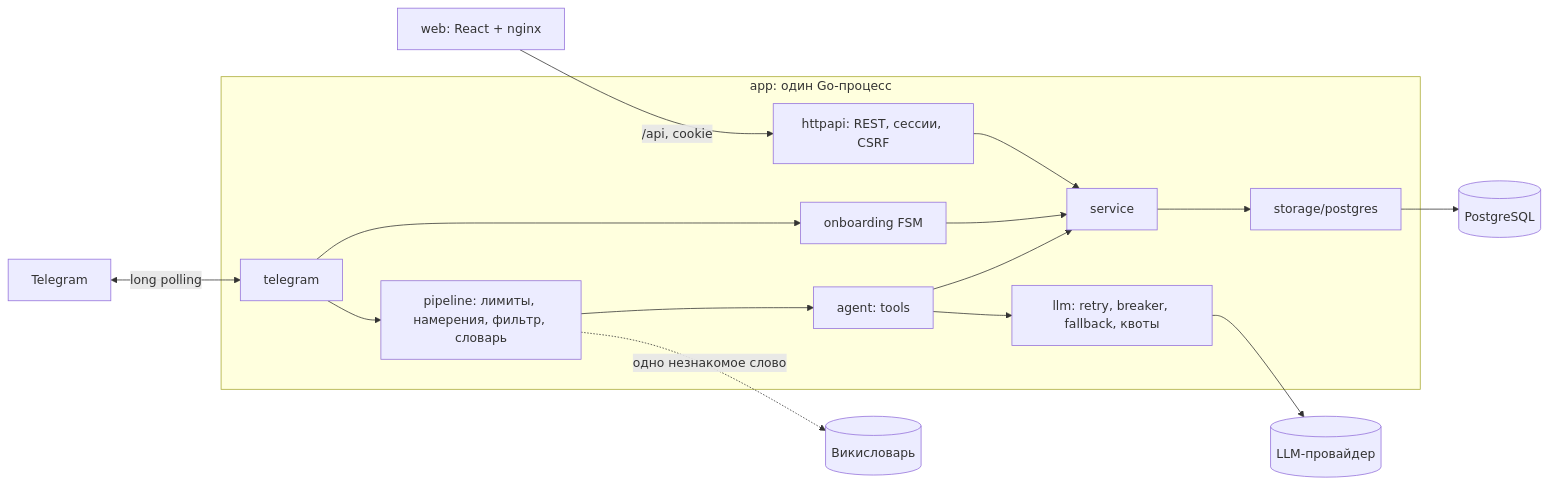
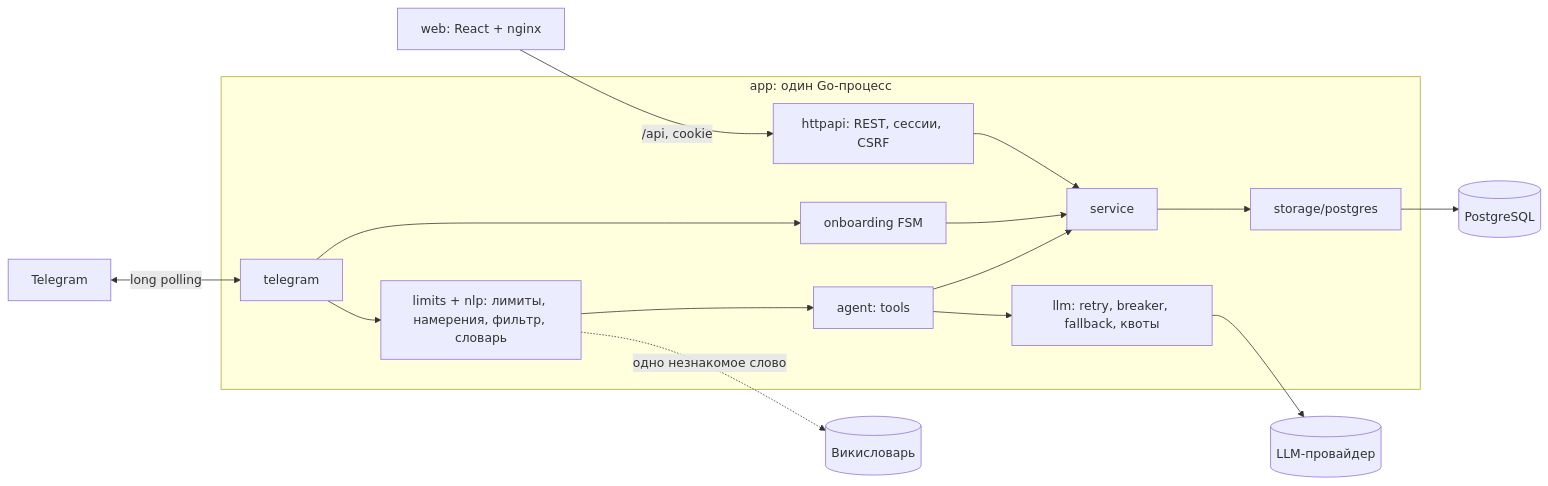
The diagram in README.md (DenPixell/Telegram_AI_Bot), drawn with Mermaid before and after one commit. The commit also changed other lines of this file and 1 other file, not shown here.

````diff
--- a/README.md
+++ b/README.md
@@ -81,18 +81,18 @@
 ```mermaid
 flowchart LR
     TG[Telegram] <-->|long polling| BOT[telegram]
     subgraph APP[app: один Go-процесс]
         BOT --> ONB[onboarding FSM]
-        BOT --> PIPE[pipeline: лимиты, намерения, фильтр, словарь]
+        BOT --> PIPE[limits + nlp: лимиты, намерения, фильтр, словарь]
         PIPE --> AG[agent: tools]
         AG --> LLM[llm: retry, breaker, fallback, квоты]
         AG --> SVC[service]
         ONB --> SVC
         API[httpapi: REST, сессии, CSRF] --> SVC
         SVC --> PG[storage/postgres]
     end
     PIPE -.одно незнакомое слово.-> WIKI[(Викисловарь)]
     LLM --> PROV[(LLM-провайдер)]
     PG --> DB[(PostgreSQL)]
     WEB[web: React + nginx] -->|/api, cookie| API
 ```
````
